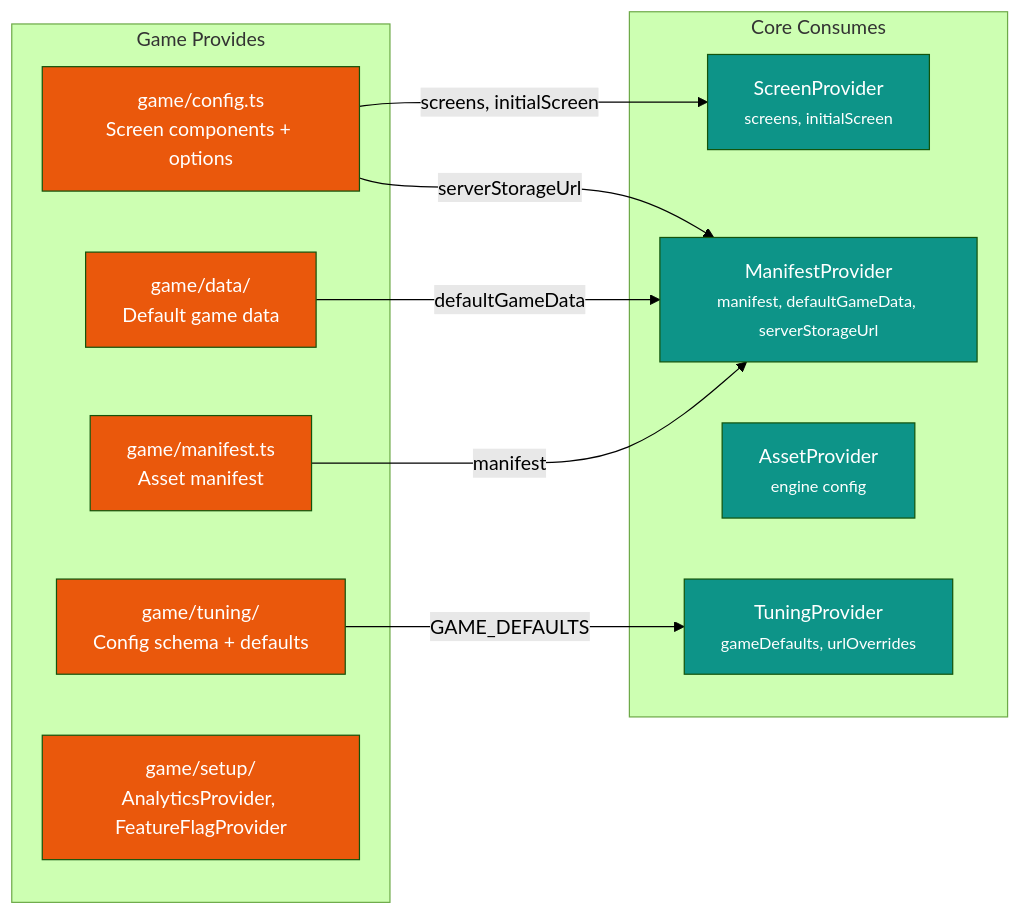
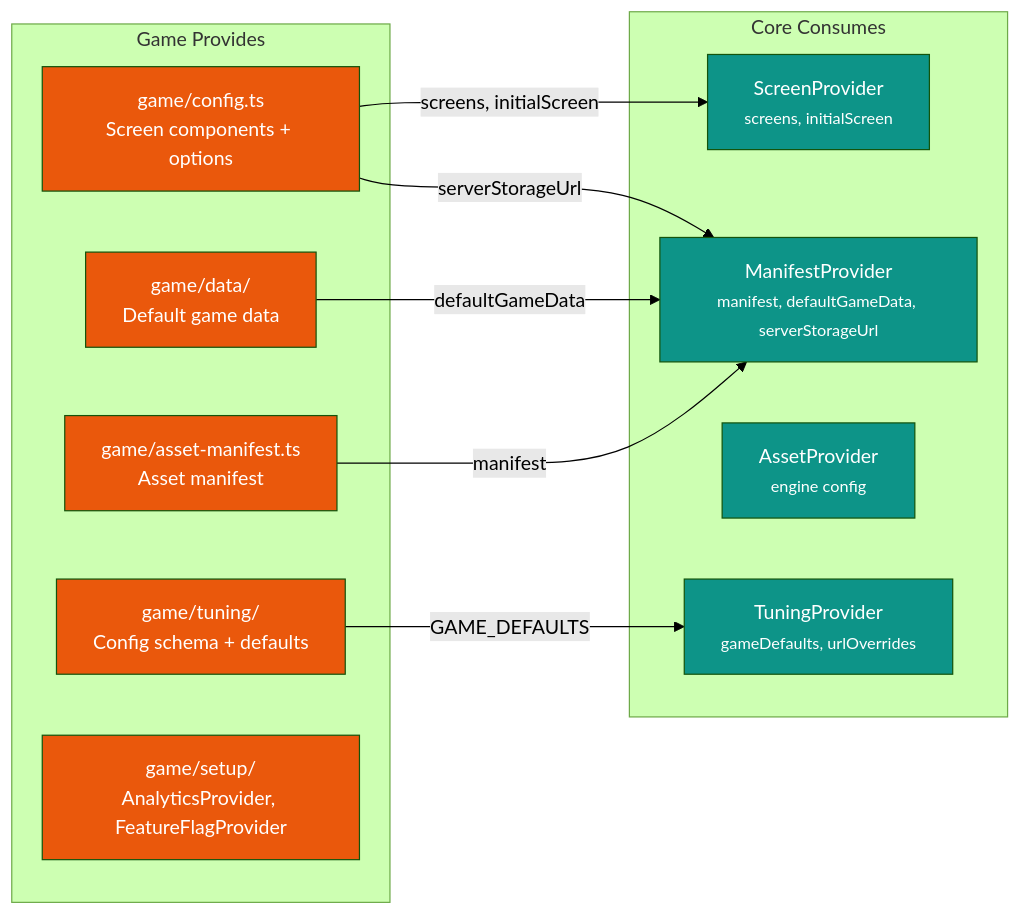
One commit to WilliamWolf2026/template-amino_hidden_test1 changed diagram 14 of 22 in docs/core/deep-dive.md. Above: the diagram before and after it, drawn with Mermaid (forest theme). The commit also changed other lines of this file and 14 other files, not shown here.

First line of the commit message:
Refactor asset management by renaming manifest file

````diff
--- a/docs/core/deep-dive.md
+++ b/docs/core/deep-dive.md
@@ -1095,33 +1095,33 @@
 ```mermaid
 graph LR
     subgraph "Game Provides"
         GC["game/config.ts<br/>Screen components + options"]
-        GM["game/manifest.ts<br/>Asset manifest"]
+        GM["game/asset-manifest.ts<br/>Asset manifest"]
         GT["game/tuning/<br/>Config schema + defaults"]
         GD["game/data/<br/>Default game data"]
         GA["game/setup/<br/>AnalyticsProvider, FeatureFlagProvider"]
     end
 
     subgraph "Core Consumes"
         SP["ScreenProvider<br/><small>screens, initialScreen</small>"]
         MP["ManifestProvider<br/><small>manifest, defaultGameData, serverStorageUrl</small>"]
         ASP["AssetProvider<br/><small>engine config</small>"]
         TP["TuningProvider<br/><small>gameDefaults, urlOverrides</small>"]
     end
 
     GC -->|screens, initialScreen| SP
     GM -->|manifest| MP
     GD -->|defaultGameData| MP
     GC -->|serverStorageUrl| MP
     GT -->|GAME_DEFAULTS| TP
 
     style GC fill:#ea580c,color:#fff
     style GM fill:#ea580c,color:#fff
     style GT fill:#ea580c,color:#fff
     style GD fill:#ea580c,color:#fff
     style GA fill:#ea580c,color:#fff
     style SP fill:#0d9488,color:#fff
     style MP fill:#0d9488,color:#fff
     style ASP fill:#0d9488,color:#fff
     style TP fill:#0d9488,color:#fff
 ```
````
